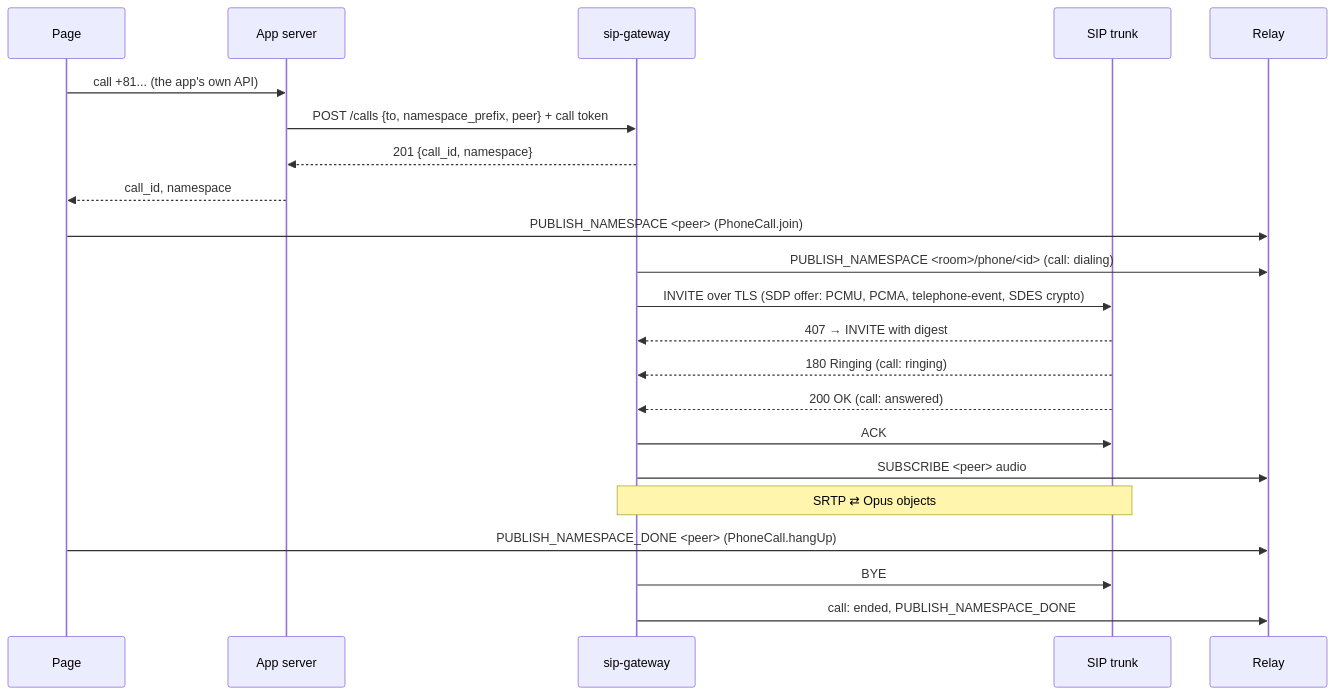
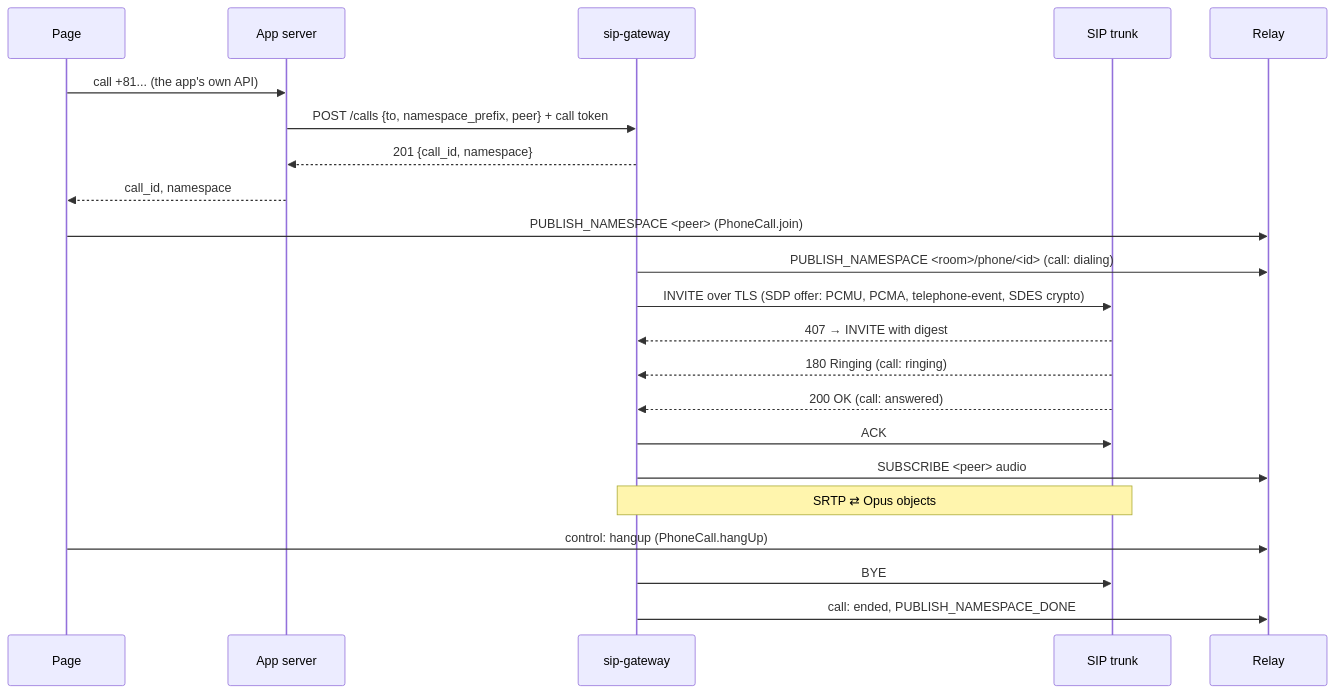
One commit to nttcom/moq-wasm changed the diagram in docs/architecture/sip-gateway/architecture.md. Above: the diagram before and after it, drawn with Mermaid. The commit also changed other lines of this file and 5 other files, not shown here.

First line of the commit message:
feat(sip-gateway): ページが control トラックに書いた hangup で通話を切る (#1821)

````diff
--- a/docs/architecture/sip-gateway/architecture.md
+++ b/docs/architecture/sip-gateway/architecture.md
@@ -88,24 +88,24 @@
 ```mermaid
 sequenceDiagram
     participant P as Page
     participant A as App server
     participant G as sip-gateway
     participant T as SIP trunk
     participant R as Relay
     P->>A: call +81... (the app's own API)
     A->>G: POST /calls {to, namespace_prefix, peer} + call token
     G-->>A: 201 {call_id, namespace}
     A-->>P: call_id, namespace
     P->>R: PUBLISH_NAMESPACE <peer> (PhoneCall.join)
     G->>R: PUBLISH_NAMESPACE <room>/phone/<id> (call: dialing)
     G->>T: INVITE over TLS (SDP offer: PCMU, PCMA, telephone-event, SDES crypto)
     T-->>G: 407 → INVITE with digest
     T-->>G: 180 Ringing (call: ringing)
     T-->>G: 200 OK (call: answered)
     G->>T: ACK
     G->>R: SUBSCRIBE <peer> audio
     Note over G,T: SRTP ⇄ Opus objects
-    P->>R: PUBLISH_NAMESPACE_DONE <peer> (PhoneCall.hangUp)
+    P->>R: control: hangup (PhoneCall.hangUp)
     G->>T: BYE
     G->>R: call: ended, PUBLISH_NAMESPACE_DONE
 ```
````
